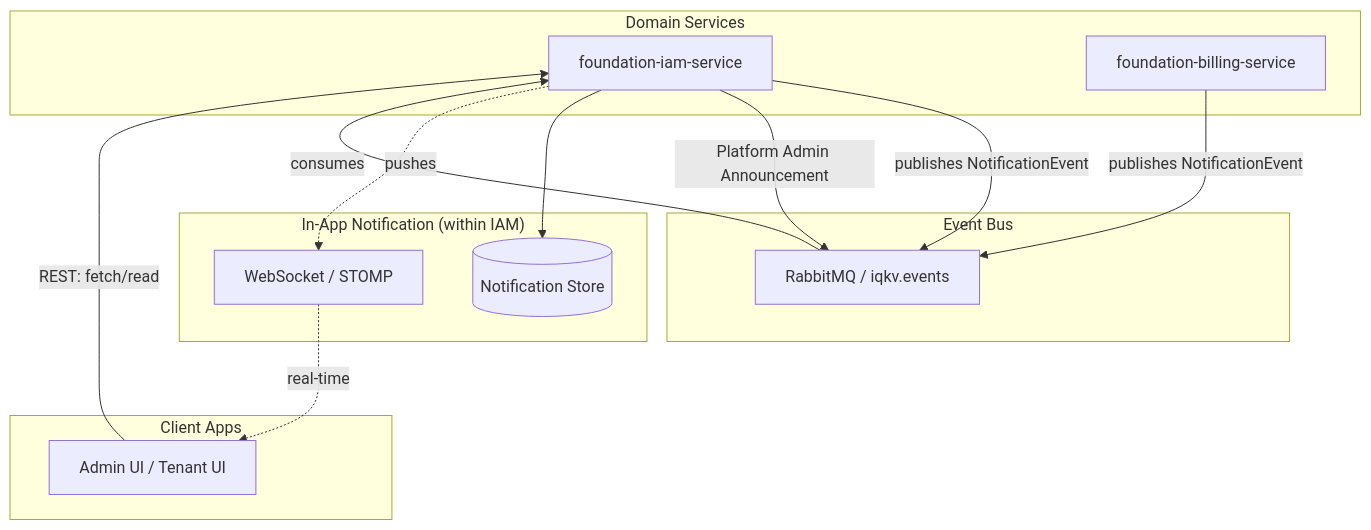
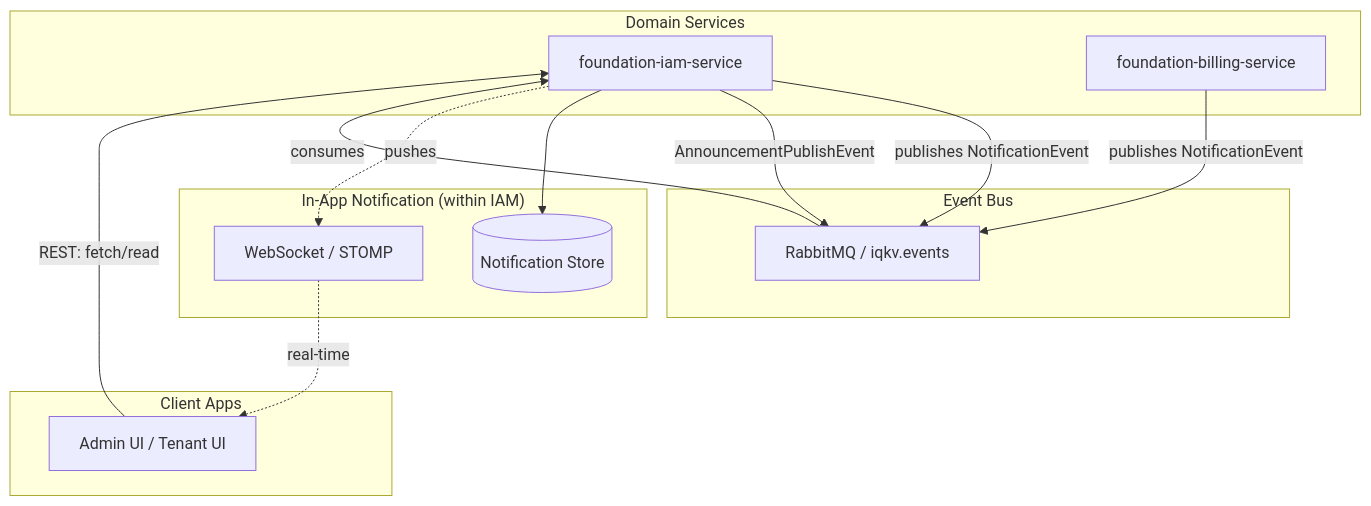
The diagram in docs/roadmap/08-proposal-in-app-notifications.md (IQKV/system-design-documentation), drawn with Mermaid before and after one commit. The commit also changed other lines of this file, not shown here.

````diff
--- a/docs/roadmap/08-proposal-in-app-notifications.md
+++ b/docs/roadmap/08-proposal-in-app-notifications.md
@@ -34,30 +34,30 @@
 ```mermaid
 graph TD
     subgraph "Domain Services"
         IAM[foundation-iam-service]
         Billing[foundation-billing-service]
     end
 
     subgraph "Event Bus"
         EB[RabbitMQ / iqkv.events]
     end
 
     subgraph "In-App Notification (within IAM)"
         DB[(Notification Store)]
         WS[WebSocket / STOMP]
     end
 
     subgraph "Client Apps"
         UI[Admin UI / Tenant UI]
     end
 
     IAM -->|publishes NotificationEvent| EB
     Billing -->|publishes NotificationEvent| EB
-    IAM -->|Platform Admin Announcement| EB
+    IAM -->|AnnouncementPublishEvent| EB
 
     EB -->|consumes| IAM
     IAM --> DB
     IAM -.->|pushes| WS
     WS -.->|real-time| UI
     UI -->|REST: fetch/read| IAM
 ```
````
